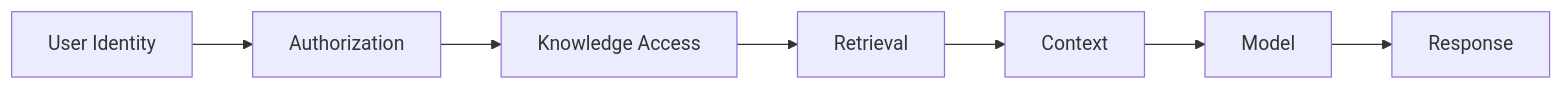
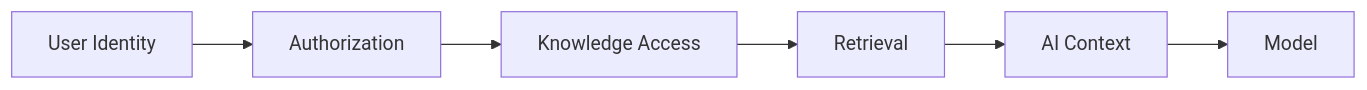
The fourth of 5 diagrams in docs/architecture-insights/genai-and-rag/1.5-designing-enterprise-knowledge-architecture-for-ai.md (MihirKJha/enterprise-ai-blog), drawn with Mermaid before and after one commit. The commit also changed other lines of this file, not shown here.

````diff
--- a/docs/architecture-insights/genai-and-rag/1.5-designing-enterprise-knowledge-architecture-for-ai.md
+++ b/docs/architecture-insights/genai-and-rag/1.5-designing-enterprise-knowledge-architecture-for-ai.md
@@ -245,16 +205,15 @@
 ```mermaid
 graph LR
     U[User Identity]
     A[Authorization]
     K[Knowledge Access]
     R[Retrieval]
-    C[Context]
+    C[AI Context]
     M[Model]
-    O[Response]
+
     U --> A
     A --> K
     K --> R
     R --> C
     C --> M
-    M --> O
 ```
````
